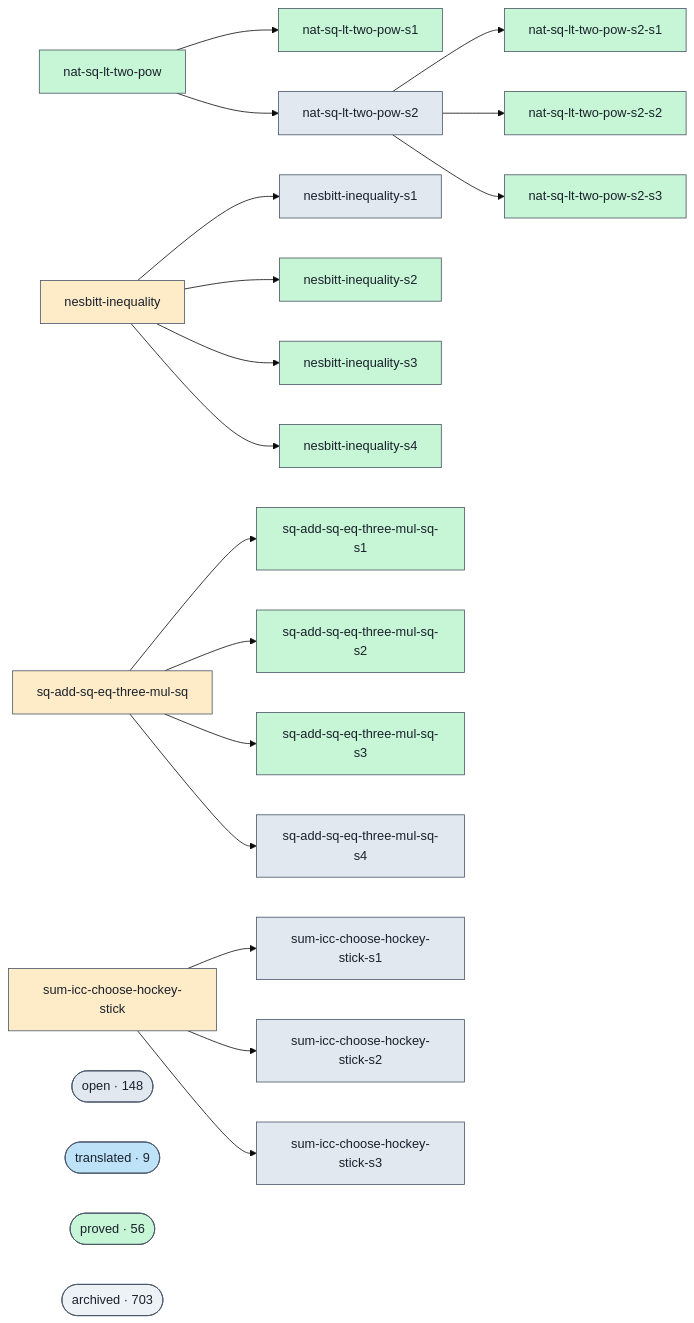
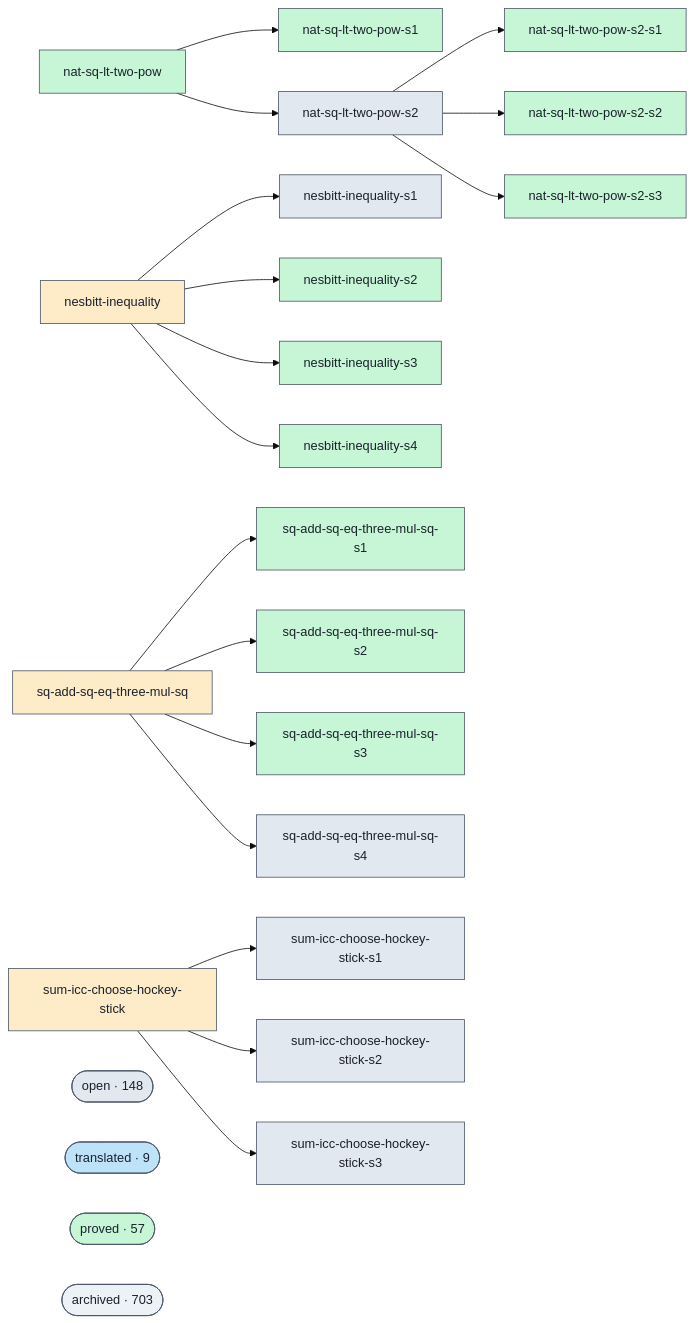
One commit to ohdearquant/unsorry changed the diagram in docs/proofs-contributors-visualisation.md. Above: the diagram before and after it, drawn with Mermaid (base theme). The commit also changed other lines of this file and 2 other files, not shown here.

```diff
--- a/docs/proofs-contributors-visualisation.md
+++ b/docs/proofs-contributors-visualisation.md
@@ -102,7 +102,7 @@
   class cluster_open open;
   cluster_translated(["translated · 9"])
   class cluster_translated translated;
-  cluster_proved(["proved · 56"])
+  cluster_proved(["proved · 57"])
   class cluster_proved proved;
   cluster_archived(["archived · 703"])
   class cluster_archived unknown;
```
